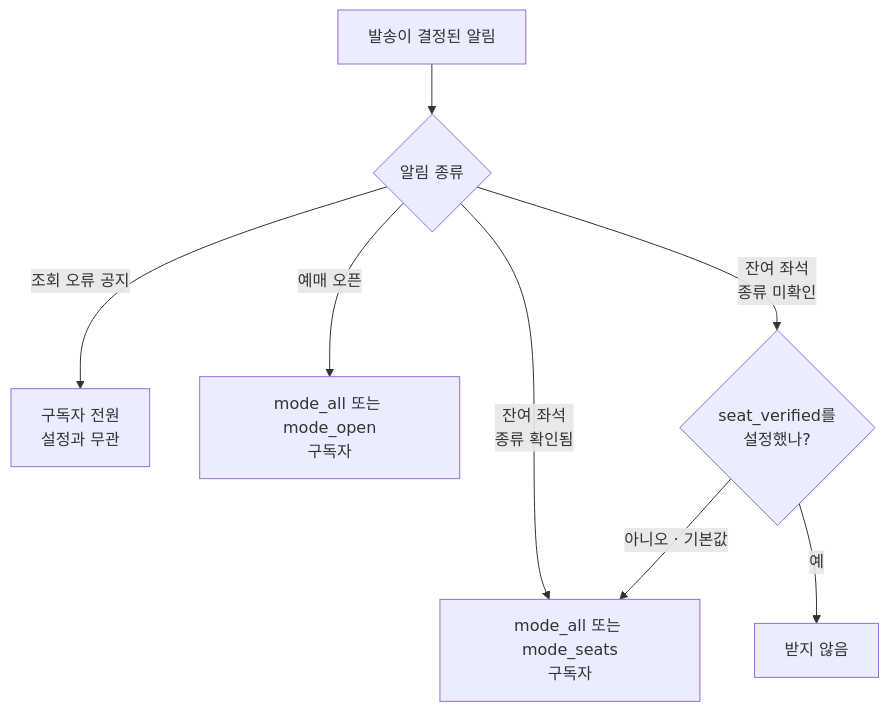
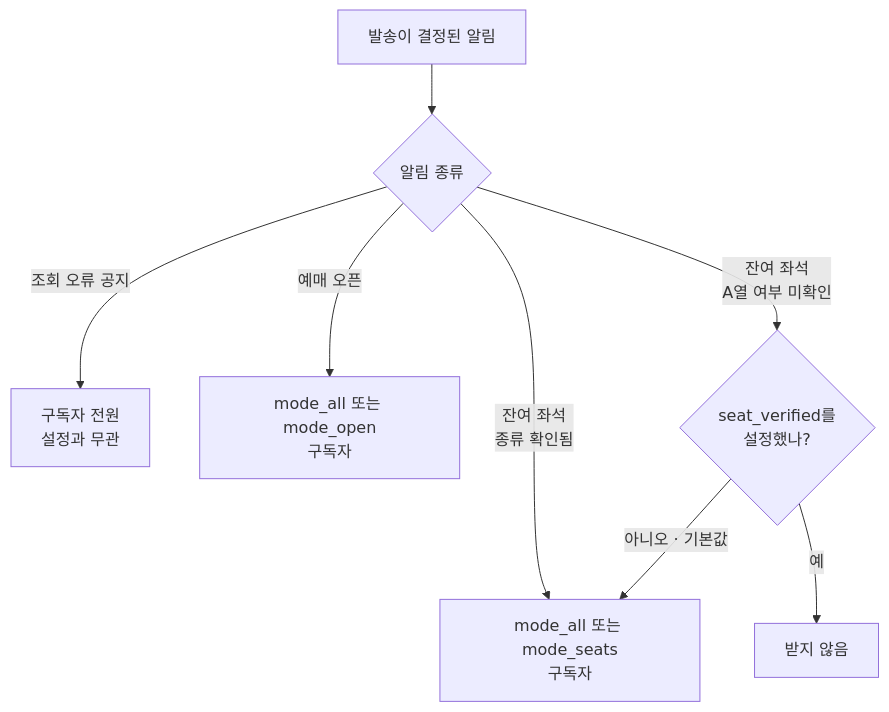
One commit to yuemyname/yongam-bot changed the fourth of 5 diagrams in docs/alert-flow.md. Above: the diagram before and after it, drawn with Mermaid. The commit also changed other lines of this file and 5 other files, not shown here.

````diff
--- a/docs/alert-flow.md
+++ b/docs/alert-flow.md
@@ -93,10 +91,10 @@
 ```mermaid
 flowchart TD
     A[발송이 결정된 알림] --> B{알림 종류}
     B -->|조회 오류 공지| Z["구독자 전원<br/>설정과 무관"]
     B -->|예매 오픈| C["mode_all 또는 mode_open<br/>구독자"]
     B -->|잔여 좌석<br/>종류 확인됨| D["mode_all 또는 mode_seats<br/>구독자"]
-    B -->|잔여 좌석<br/>종류 미확인| E{"seat_verified를<br/>설정했나?"}
+    B -->|잔여 좌석<br/>A열 여부 미확인| E{"seat_verified를<br/>설정했나?"}
     E -->|아니오 · 기본값| D
     E -->|예| F[받지 않음]
 ```
````
